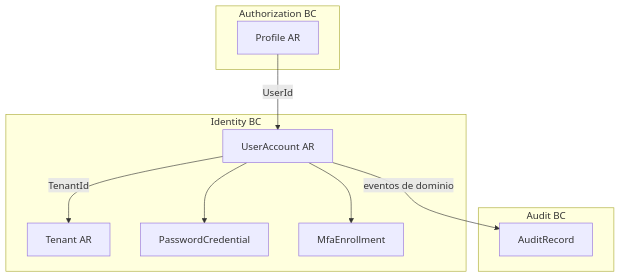
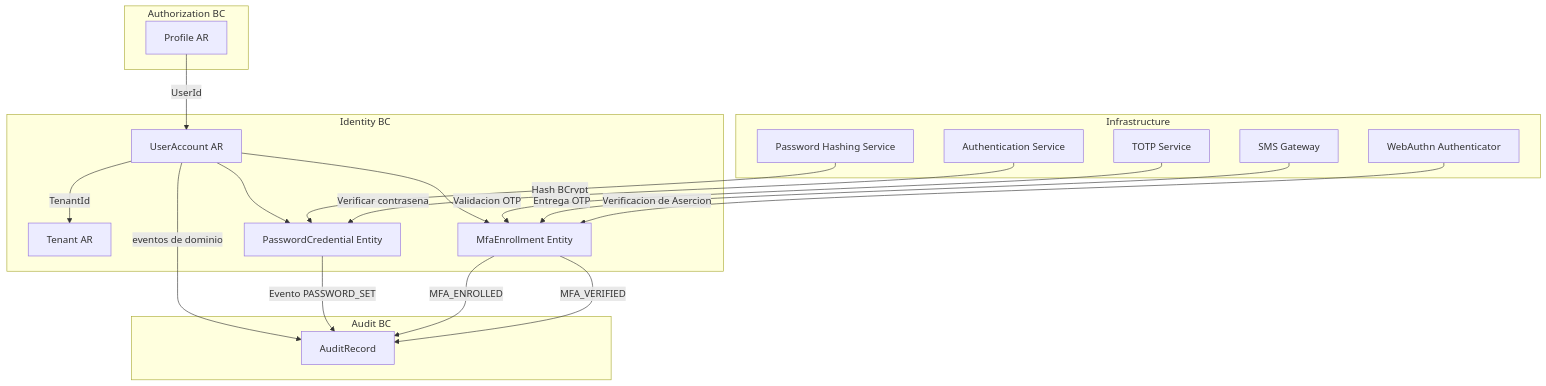
One commit to beyondnetcode/ums changed the ninth of 9 diagrams in docs/domain-es/identity/user-account.md. Above: the diagram before and after it, drawn with Mermaid. The commit also changed other lines of this file and 19 other files, not shown here.

````diff
--- a/docs/domain-es/identity/user-account.md
+++ b/docs/domain-es/identity/user-account.md
@@ -221,23 +319,39 @@
 ```mermaid
 flowchart TD
     subgraph Identity["Identity BC"]
         T[Tenant AR]
         UA[UserAccount AR]
-        PC[PasswordCredential]
-        MFA[MfaEnrollment]
+        PC[PasswordCredential Entity]
+        MFA[MfaEnrollment Entity]
         UA -->|TenantId| T
         UA --> PC
         UA --> MFA
     end
 
     subgraph Authorization["Authorization BC"]
         PROF[Profile AR]
     end
 
+    subgraph Infra["Infrastructure"]
+        AUTH[Authentication Service]
+        HASH[Password Hashing Service]
+        TOTP[TOTP Service]
+        SMS[SMS Gateway]
+        WA[WebAuthn Authenticator]
+    end
+
     subgraph Audit["Audit BC"]
         AUD[AuditRecord]
     end
 
     PROF -->|UserId| UA
     UA -->|eventos de dominio| AUD
+    HASH -->|Hash BCrypt| PC
+    AUTH -->|Verificar contrasena| PC
+    PC -->|Evento PASSWORD_SET| AUD
+    TOTP -->|Validacion OTP| MFA
+    SMS -->|Entrega OTP| MFA
+    WA -->|Verificacion de Asercion| MFA
+    MFA -->|MFA_ENROLLED| AUD
+    MFA -->|MFA_VERIFIED| AUD
 ```
````
